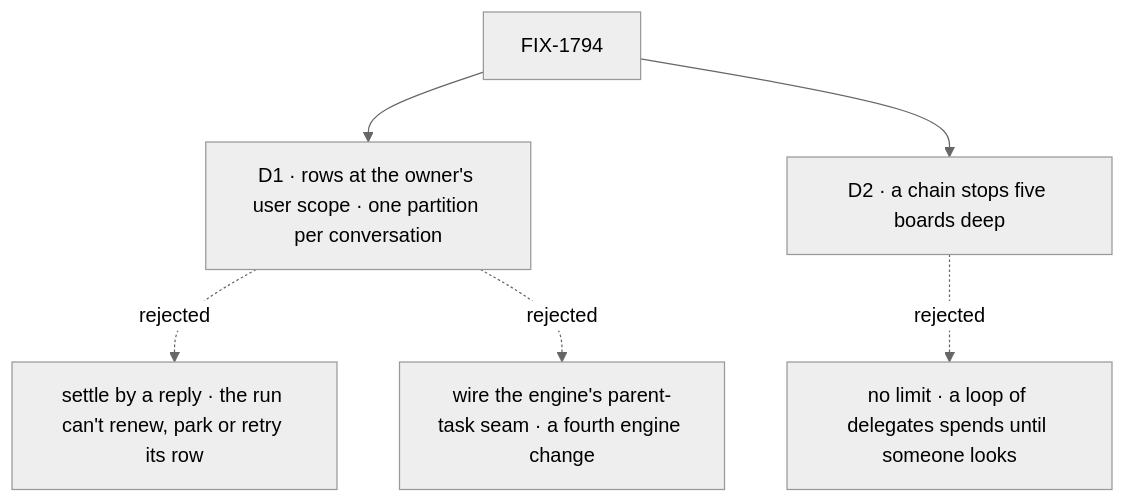
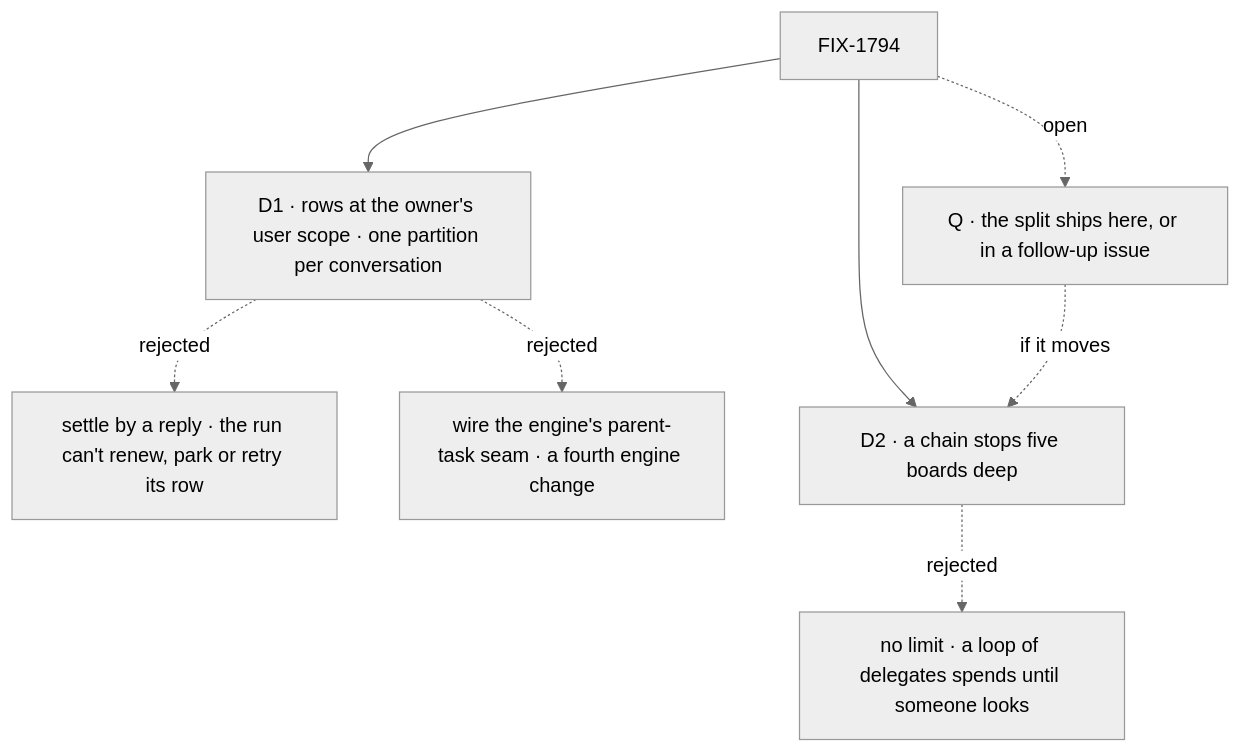
The diagram in specs/issues/FIX-1794/DECISIONS.md (fixpoint-labs/flow-state-dev), drawn with Mermaid (neutral theme) before and after one commit. The commit also changed other lines of this file and 5 other files, not shown here.

````diff
--- a/specs/issues/FIX-1794/DECISIONS.md
+++ b/specs/issues/FIX-1794/DECISIONS.md
@@ -11,8 +11,10 @@
 ```mermaid
 flowchart TD
   I["FIX-1794"] --> D1["D1 · rows at the owner's user scope · one partition per conversation"]
   D1 -.->|"rejected"| X1["settle by a reply · the run can't renew, park or retry its row"]
   D1 -.->|"rejected"| X1b["wire the engine's parent-task seam · a fourth engine change"]
   I --> D2["D2 · a chain stops five boards deep"]
   D2 -.->|"rejected"| X2["no limit · a loop of delegates spends until someone looks"]
+  I -.->|"open"| Q["Q · the split ships here, or in a follow-up issue"]
+  Q -.->|"if it moves"| D2
 ```
````
